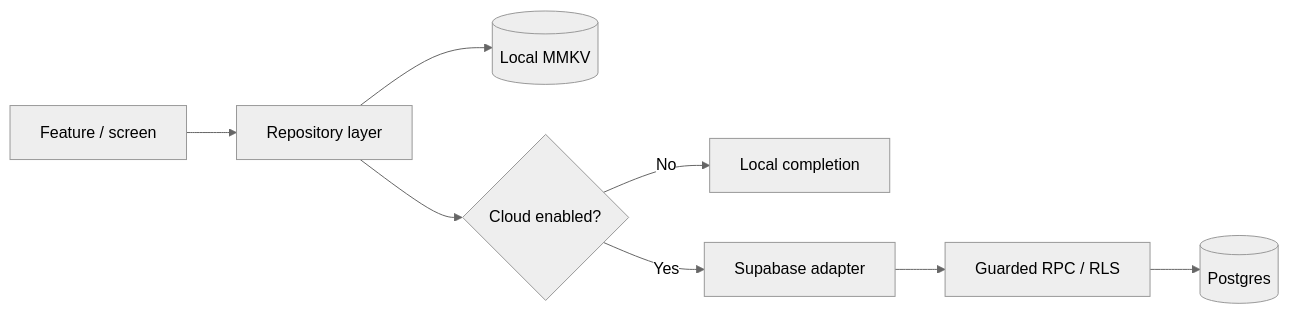
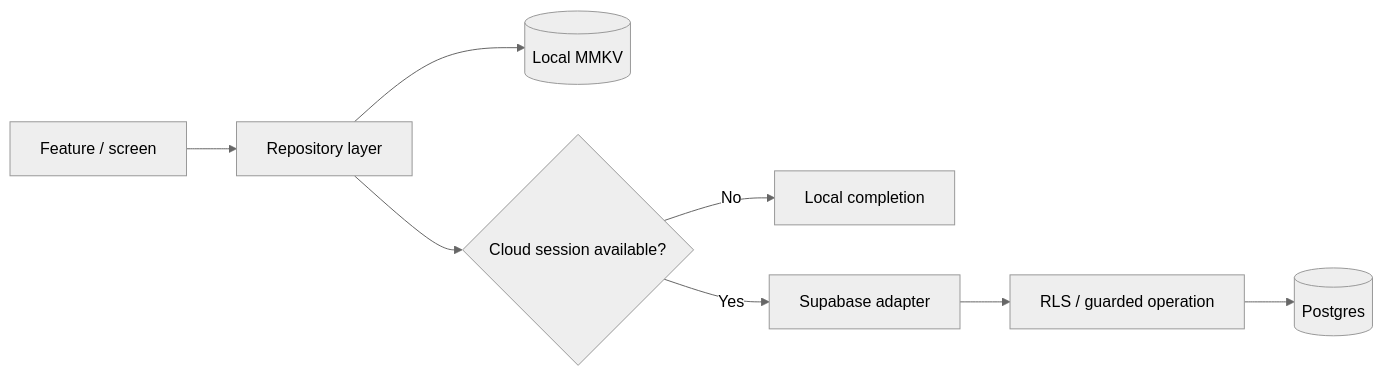
One commit to momaoalo/halaty-project-showcase changed the first of 3 diagrams in docs/BACKEND-AND-DATA.md. Above: the diagram before and after it, drawn with Mermaid (neutral theme). The commit also changed other lines of this file, not shown here.

````diff
--- a/docs/BACKEND-AND-DATA.md
+++ b/docs/BACKEND-AND-DATA.md
@@ -20,10 +20,10 @@
 ```mermaid
 flowchart LR
     UI[Feature / screen] --> R[Repository layer]
     R --> L[(Local MMKV)]
-    R --> C{Cloud enabled?}
+    R --> C{Cloud session available?}
     C -- No --> DONE[Local completion]
     C -- Yes --> A[Supabase adapter]
-    A --> RPC[Guarded RPC / RLS]
-    RPC --> PG[(Postgres)]
+    A --> G[RLS / guarded operation]
+    G --> PG[(Postgres)]
 ```
````
